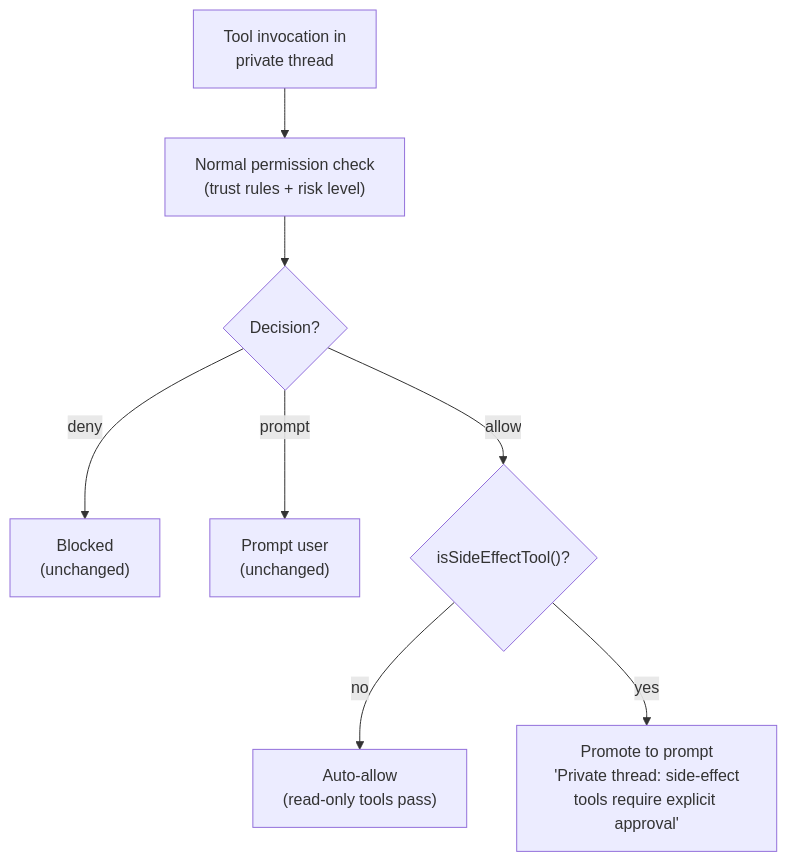
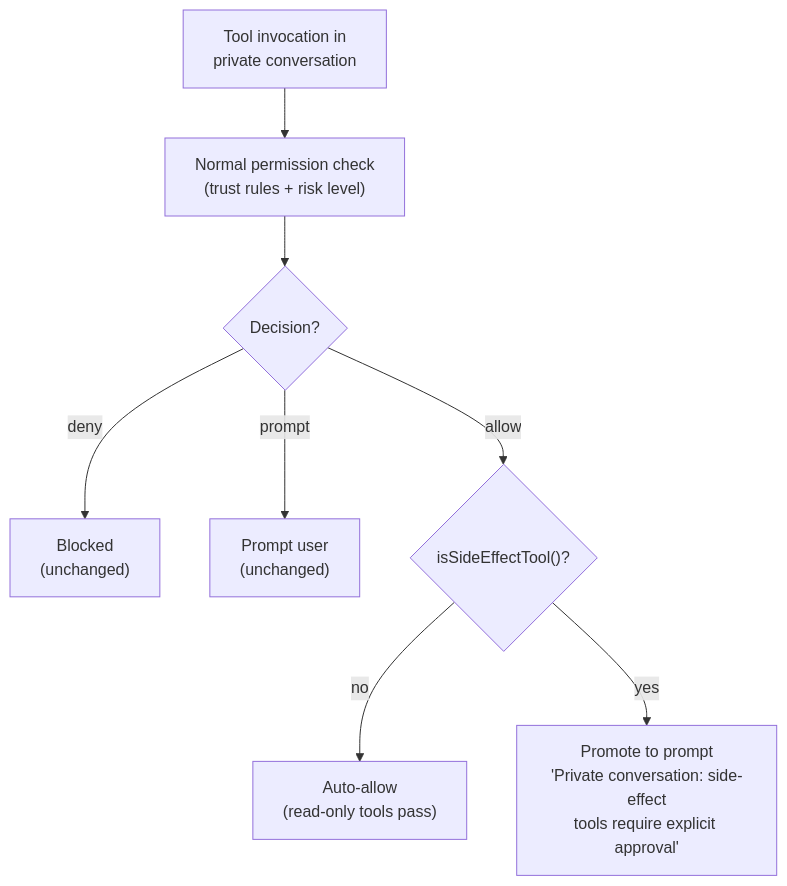
Before and after one commit to vellum-ai/vellum-assistant: the fourth of 7 diagrams in assistant/docs/architecture/memory.md, drawn with Mermaid. The commit also changed other lines of this file and 6 other files, not shown here.

Commit message:
fix: sweep stale thread terminology in ARCHITECTURE.md and docs

````diff
--- a/assistant/docs/architecture/memory.md
+++ b/assistant/docs/architecture/memory.md
@@ -374,10 +374,10 @@
 ```mermaid
 graph TB
-    TOOL["Tool invocation in<br/>private thread"] --> PERM["Normal permission check<br/>(trust rules + risk level)"]
+    TOOL["Tool invocation in<br/>private conversation"] --> PERM["Normal permission check<br/>(trust rules + risk level)"]
     PERM --> DECISION{"Decision?"}
     DECISION -->|"deny"| DENY["Blocked<br/>(unchanged)"]
     DECISION -->|"prompt"| PROMPT["Prompt user<br/>(unchanged)"]
     DECISION -->|"allow"| SIDE_CHECK{"isSideEffectTool()?"}
     SIDE_CHECK -->|"no"| ALLOW["Auto-allow<br/>(read-only tools pass)"]
-    SIDE_CHECK -->|"yes"| FORCE_PROMPT["Promote to prompt<br/>'Private thread: side-effect<br/>tools require explicit approval'"]
+    SIDE_CHECK -->|"yes"| FORCE_PROMPT["Promote to prompt<br/>'Private conversation: side-effect<br/>tools require explicit approval'"]
 ```
````
